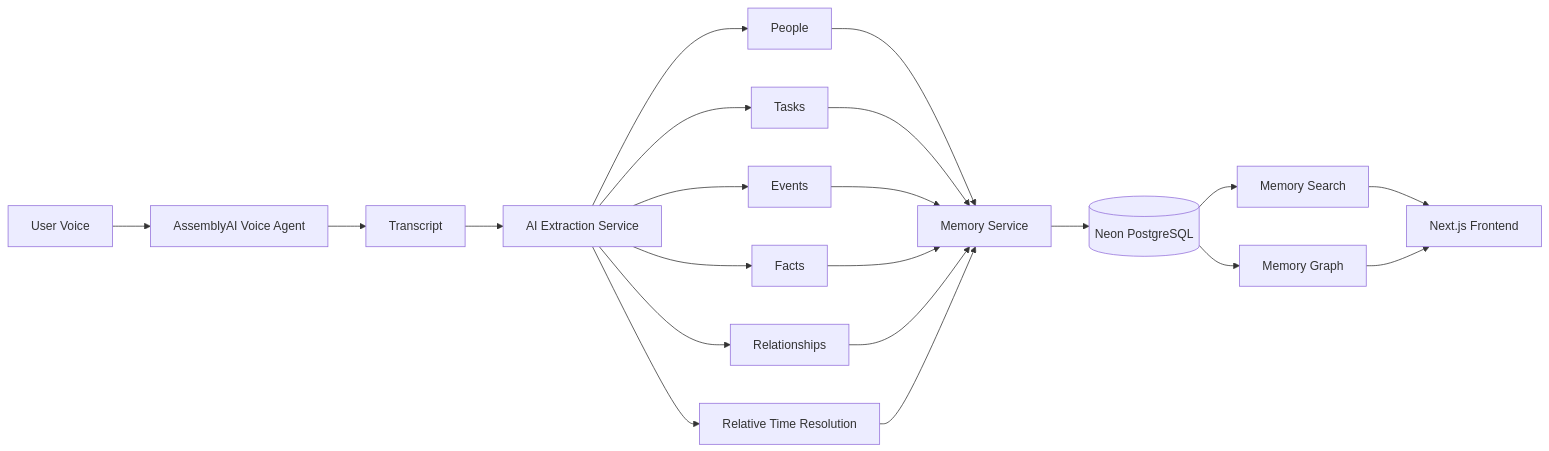
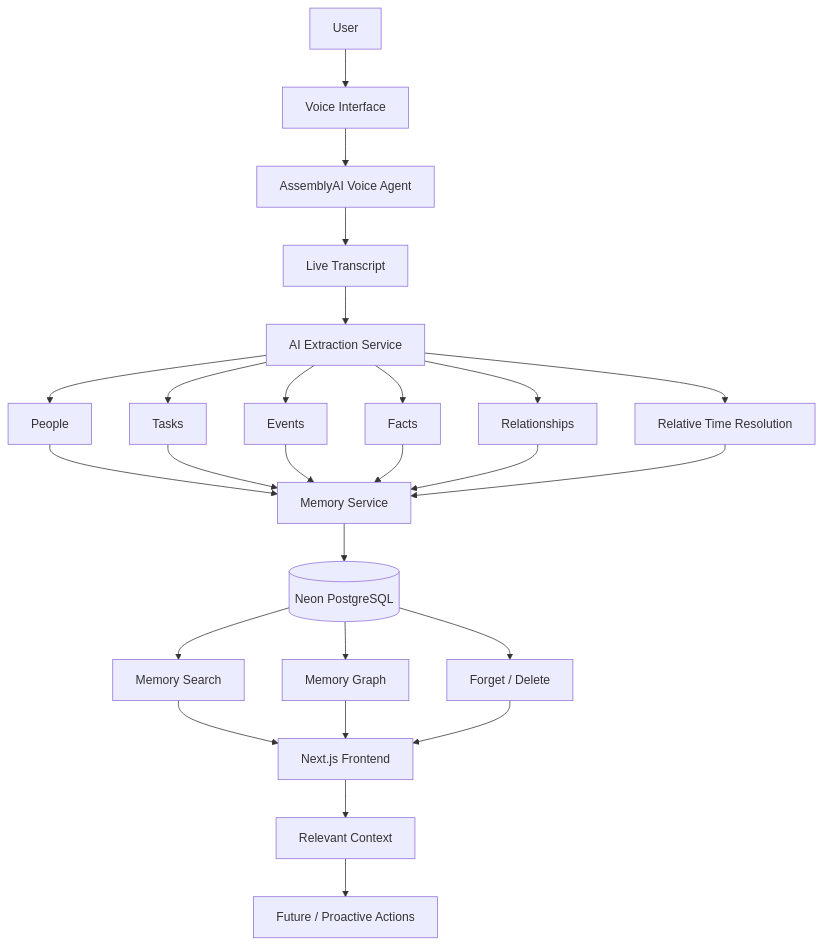
Before and after one commit to AroonZafar/EchoMind: the first of 8 diagrams in README.md, drawn with Mermaid. The commit also changed other lines of this file, not shown here.

Commit message:
Add detailed architecture and workflow diagrams

````diff
--- a/README.md
+++ b/README.md
@@ -60,23 +67,28 @@
 ```mermaid
-flowchart LR
-    U[User Voice] --> V[AssemblyAI Voice Agent]
-    V --> T[Transcript]
+flowchart TB
+    U[User] --> V[Voice Interface]
+    V --> A[AssemblyAI Voice Agent]
+    A --> T[Live Transcript]
     T --> AI[AI Extraction Service]
     AI --> P[People]
     AI --> TK[Tasks]
     AI --> E[Events]
     AI --> F[Facts]
     AI --> R[Relationships]
     AI --> D[Relative Time Resolution]
     P --> M[Memory Service]
     TK --> M
     E --> M
     F --> M
     R --> M
     D --> M
     M --> DB[(Neon PostgreSQL)]
     DB --> S[Memory Search]
     DB --> G[Memory Graph]
+    DB --> FR[Forget / Delete]
     S --> FE[Next.js Frontend]
     G --> FE
+    FR --> FE
+    FE --> C[Relevant Context]
+    C --> PR[Future / Proactive Actions]
 ```
````
